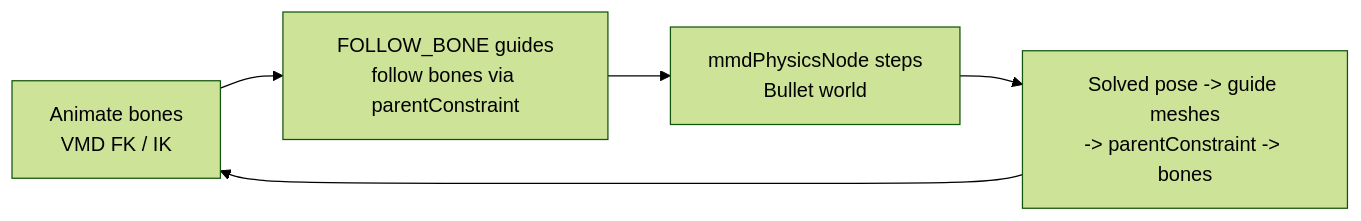
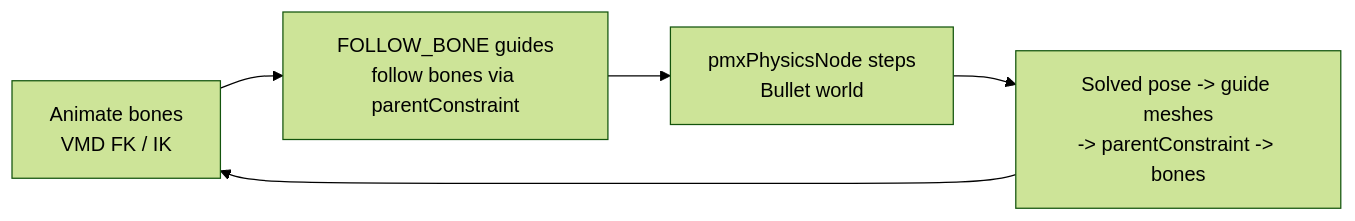
The diagram in docs/PhysicsImplementation.md (sstarosz/MayaMMD), drawn with Mermaid (forest theme) before and after one commit. The commit also changed other lines of this file and 31 other files, not shown here.

First line of the commit message:
Refactor physics into Maya-free core and rename node to pmxPhysicsNode

````diff
--- a/docs/PhysicsImplementation.md
+++ b/docs/PhysicsImplementation.md
@@ -168,7 +168,7 @@
 ```mermaid
 flowchart LR
     A[Animate bones<br/>VMD FK / IK] --> B[FOLLOW_BONE guides<br/>follow bones via parentConstraint]
-    B --> C[mmdPhysicsNode steps<br/>Bullet world]
+    B --> C[pmxPhysicsNode steps<br/>Bullet world]
     C --> D[Solved pose -> guide meshes<br/>-> parentConstraint -> bones]
     D --> A
 ```
````
